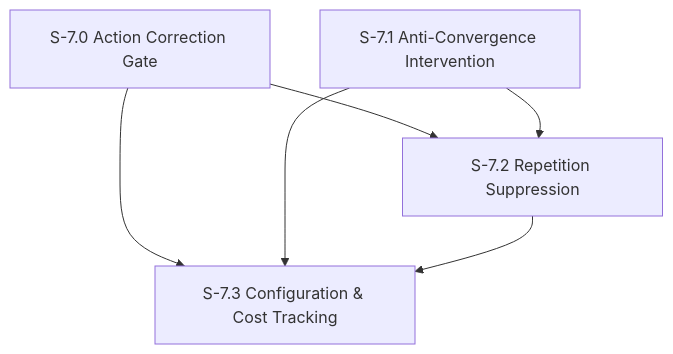
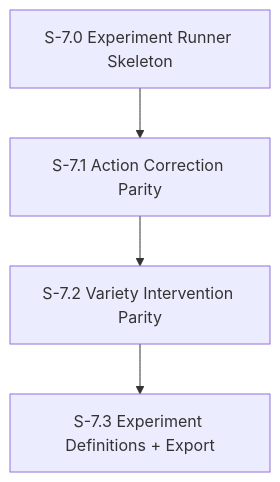
The diagram in spec/plan/milestone-7-persona-drift-correction.md (pedropaulovc/the-office), drawn with Mermaid before and after one commit. The commit also changed other lines of this file and 6 other files, not shown here.

````diff
--- a/spec/plan/milestone-7-persona-drift-correction.md
+++ b/spec/plan/milestone-7-persona-drift-correction.md
@@ -7,8 +7,6 @@
 ```mermaid
 graph TD
-    S70[S-7.0 Action Correction Gate] --> S72[S-7.2 Repetition Suppression]
-    S71[S-7.1 Anti-Convergence Intervention] --> S72
-    S70 --> S73[S-7.3 Configuration & Cost Tracking]
-    S71 --> S73
-    S72 --> S73
+    S70[S-7.0 Experiment Runner Skeleton] --> S71[S-7.1 Action Correction Parity]
+    S71 --> S72[S-7.2 Variety Intervention Parity]
+    S72 --> S73[S-7.3 Experiment Definitions + Export]
 ```
````
